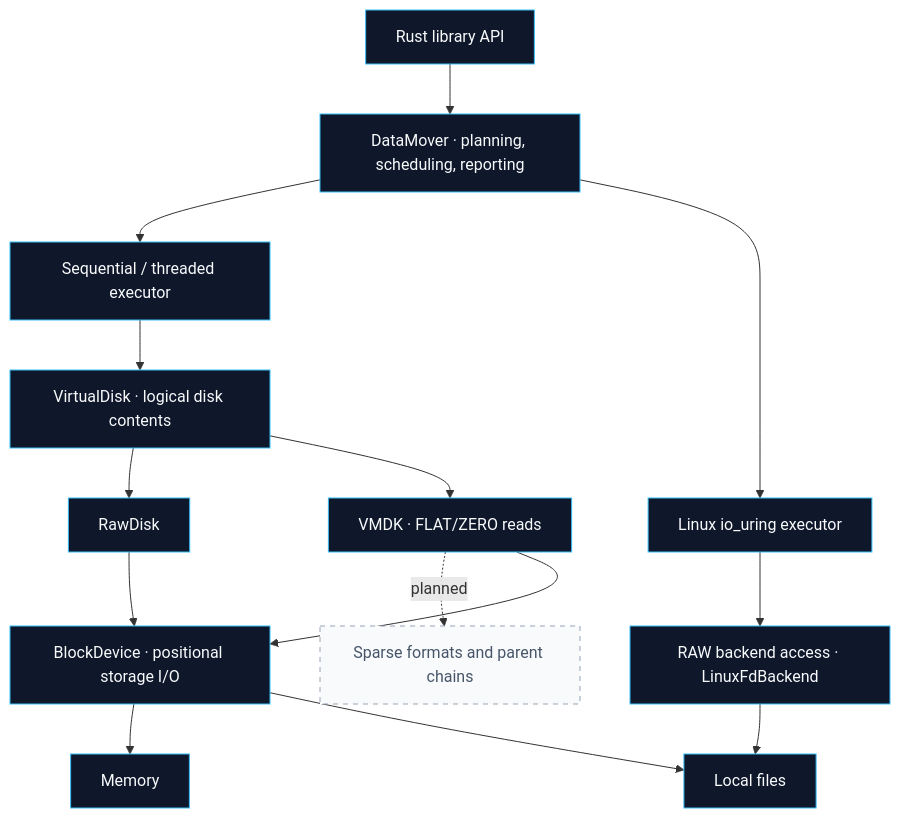
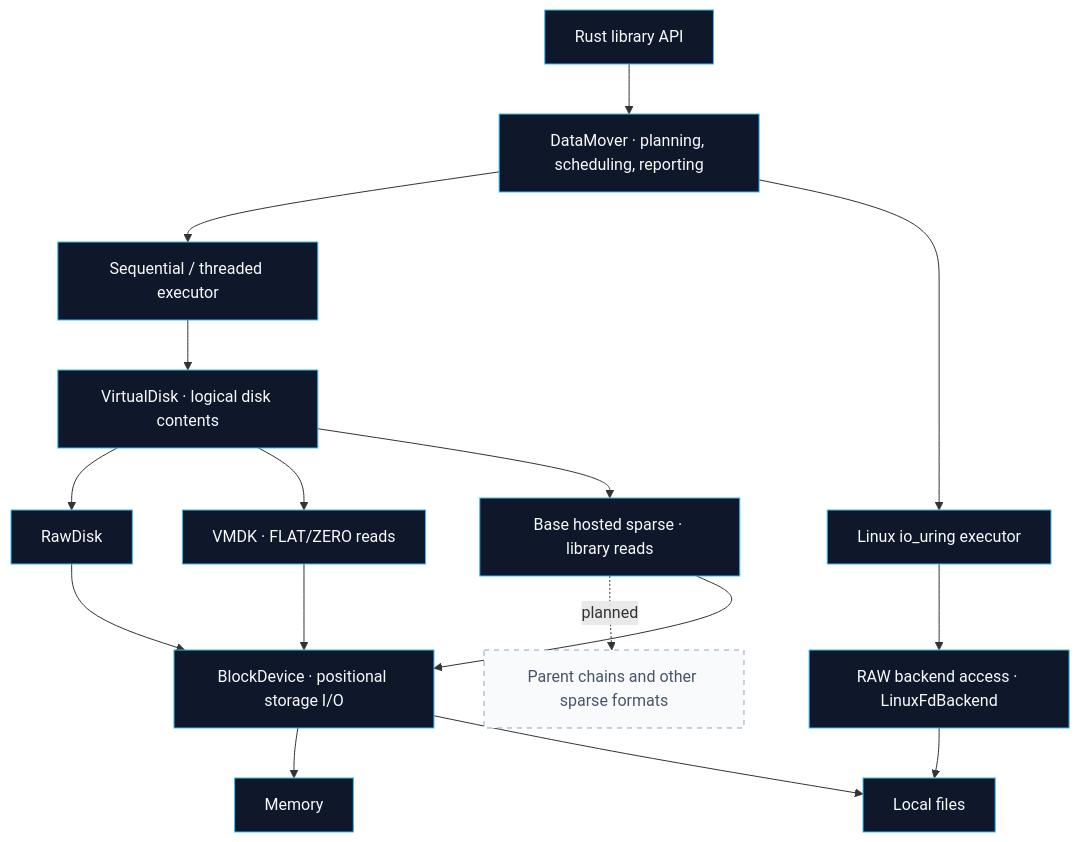
Before and after one commit to arencloud/rvvdk: the diagram in README.md, drawn with Mermaid. The commit also changed other lines of this file and 143 other files, not shown here.

Commit message:
feat(vmdk): add bounded read-only base sparse logical mapping

````diff
--- a/README.md
+++ b/README.md
@@ -134,21 +134,23 @@
 ```mermaid
 flowchart TD
     API["Rust library API"] --> Mover["DataMover · planning, scheduling, reporting"]
     Mover --> Portable["Sequential / threaded executor"]
     Mover --> Native["Linux io_uring executor"]
     Portable --> Logical["VirtualDisk · logical disk contents"]
     Logical --> Raw["RawDisk"]
     Raw --> Device["BlockDevice · positional storage I/O"]
     Device --> Memory["Memory"]
     Device --> Local["Local files"]
     Native --> FD["RAW backend access · LinuxFdBackend"]
     FD --> Local
     Logical --> VMDK["VMDK · FLAT/ZERO reads"]
-    VMDK -. "planned" .-> Parents["Sparse formats and parent chains"]
+    Logical --> Sparse["Base hosted sparse · library reads"]
+    Sparse -. "planned" .-> Parents["Parent chains and other sparse formats"]
     VMDK --> Device
+    Sparse --> Device
 
     classDef implemented fill:#0f172a,stroke:#38bdf8,color:#f8fafc;
     classDef planned fill:#f8fafc,stroke:#94a3b8,color:#475569,stroke-dasharray:5 5;
-    class API,Mover,Portable,Native,Logical,Raw,Device,Memory,Local,FD,VMDK implemented;
+    class API,Mover,Portable,Native,Logical,Raw,Device,Memory,Local,FD,VMDK,Sparse implemented;
     class Parents planned;
 ```
````
